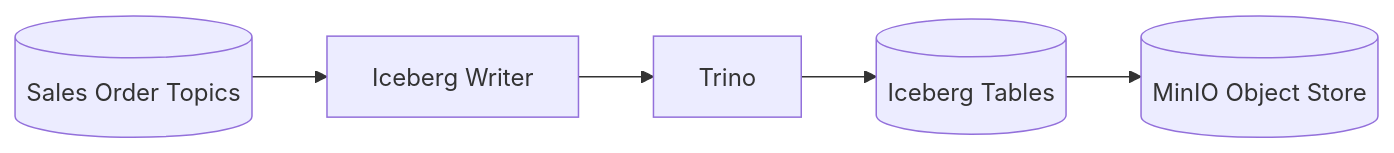
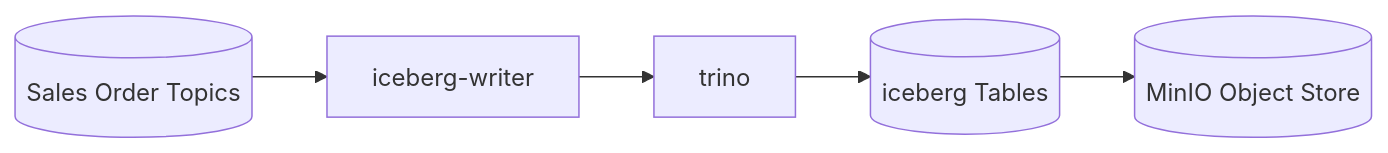
The first of 2 diagrams in process-apps/iceberg-writer/readme.md (paulchen8206/Full-Stack-Modern-Data-Architecture-and-Engineering), drawn with Mermaid before and after one commit. The commit also changed other lines of this file and 18 other files, not shown here.

````diff
--- a/process-apps/iceberg-writer/readme.md
+++ b/process-apps/iceberg-writer/readme.md
@@ -22,13 +22,13 @@
 ```mermaid
 flowchart LR
    TOPICS[(Sales Order Topics)]
-   WRITER[Iceberg Writer]
-   TRINO[Trino]
-   ICEBERG[(Iceberg Tables)]
+   WRITER[iceberg-writer]
+   TRINO[trino]
+   ICEBERG[(iceberg Tables)]
    MINIO[(MinIO Object Store)]
 
    TOPICS --> WRITER
    WRITER --> TRINO
    TRINO --> ICEBERG
    ICEBERG --> MINIO
 ```
````
